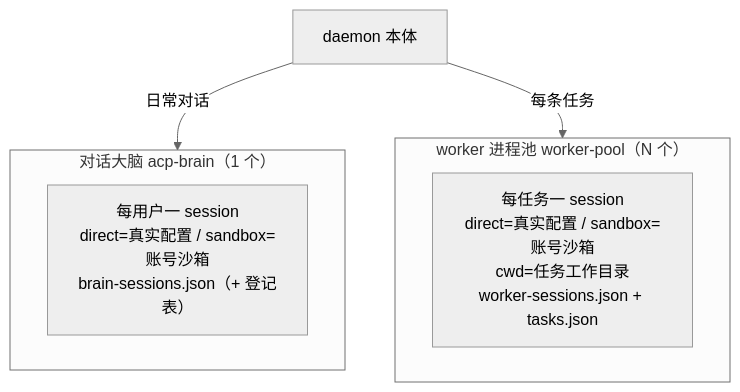
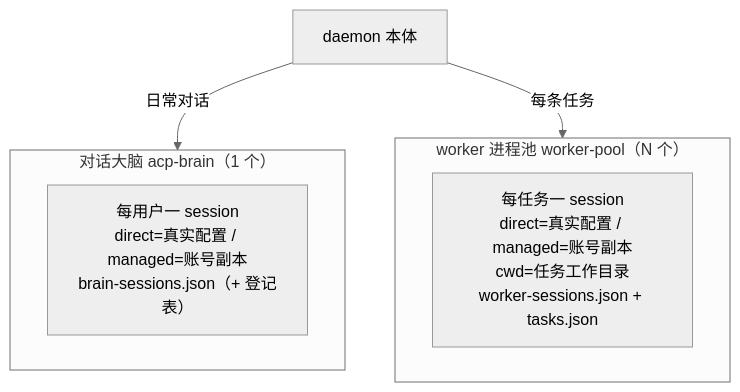
One commit to imwangpan/WeMind changed the fifth of 6 diagrams in docs/repowiki/02-系统架构.md. Above: the diagram before and after it, drawn with Mermaid (neutral theme). The commit also changed other lines of this file and 114 other files, not shown here.

````diff
--- a/docs/repowiki/02-系统架构.md
+++ b/docs/repowiki/02-系统架构.md
@@ -156,12 +156,12 @@
 ```mermaid
 graph TD
     DAEMON["daemon 本体"]
     subgraph brain["对话大脑 acp-brain（1 个）"]
-        B["每用户一 session<br/>direct=真实配置 / sandbox=账号沙箱<br/>brain-sessions.json（+ 登记表）"]
+        B["每用户一 session<br/>direct=真实配置 / managed=账号副本<br/>brain-sessions.json（+ 登记表）"]
     end
     subgraph wk["worker 进程池 worker-pool（N 个）"]
-        W["每任务一 session<br/>direct=真实配置 / sandbox=账号沙箱<br/>cwd=任务工作目录<br/>worker-sessions.json + tasks.json"]
+        W["每任务一 session<br/>direct=真实配置 / managed=账号副本<br/>cwd=任务工作目录<br/>worker-sessions.json + tasks.json"]
     end
     DAEMON -->|日常对话| brain
     DAEMON -->|每条任务| wk
 ```
````
